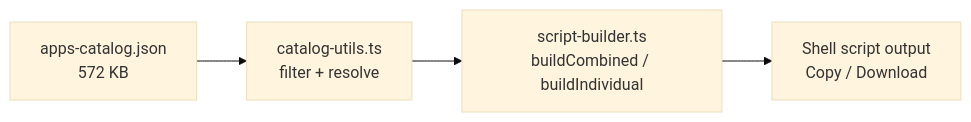
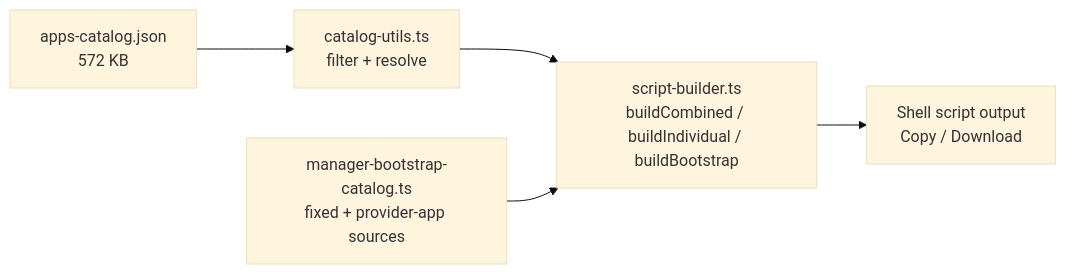
One commit to sanyokkua/dev.tools changed the diagram in docs/TOOLS.md. Above: the diagram before and after it, drawn with Mermaid (base theme). The commit also changed other lines of this file and 48 other files, not shown here.

````diff
--- a/docs/TOOLS.md
+++ b/docs/TOOLS.md
@@ -230,6 +231,7 @@
 ```mermaid
 graph LR
     C[apps-catalog.json\n572 KB] --> CU[catalog-utils.ts\nfilter + resolve]
-    CU --> SB[script-builder.ts\nbuildCombined / buildIndividual]
+    CU --> SB[script-builder.ts\nbuildCombined / buildIndividual / buildBootstrap]
+    MB[manager-bootstrap-catalog.ts\nfixed + provider-app sources] --> SB
     SB --> O[Shell script output\nCopy / Download]
 ```
````
